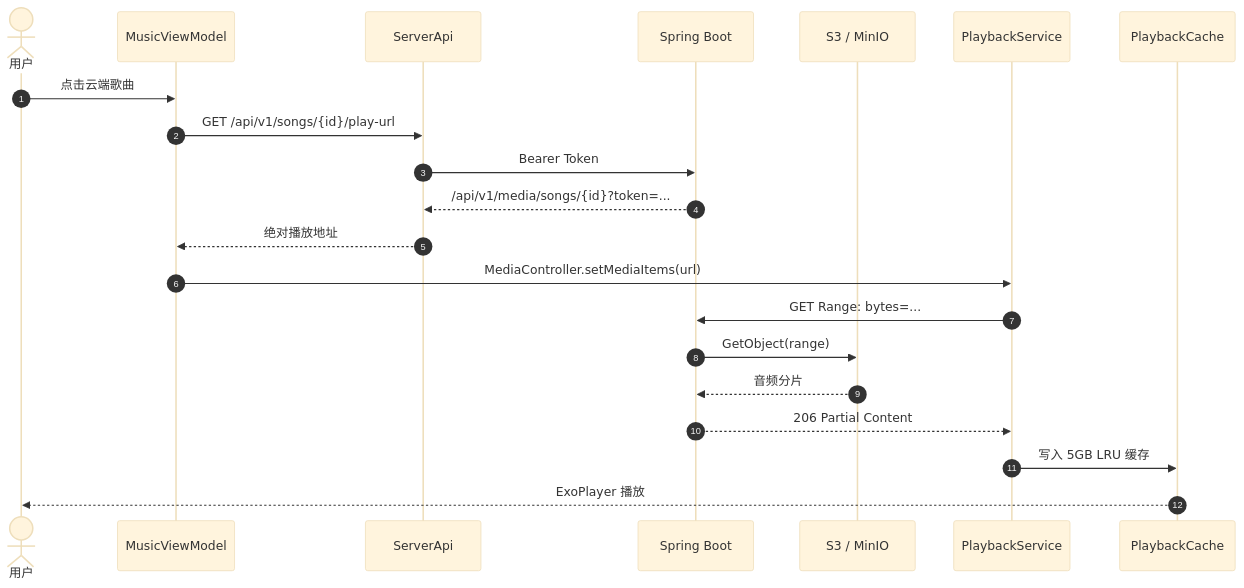
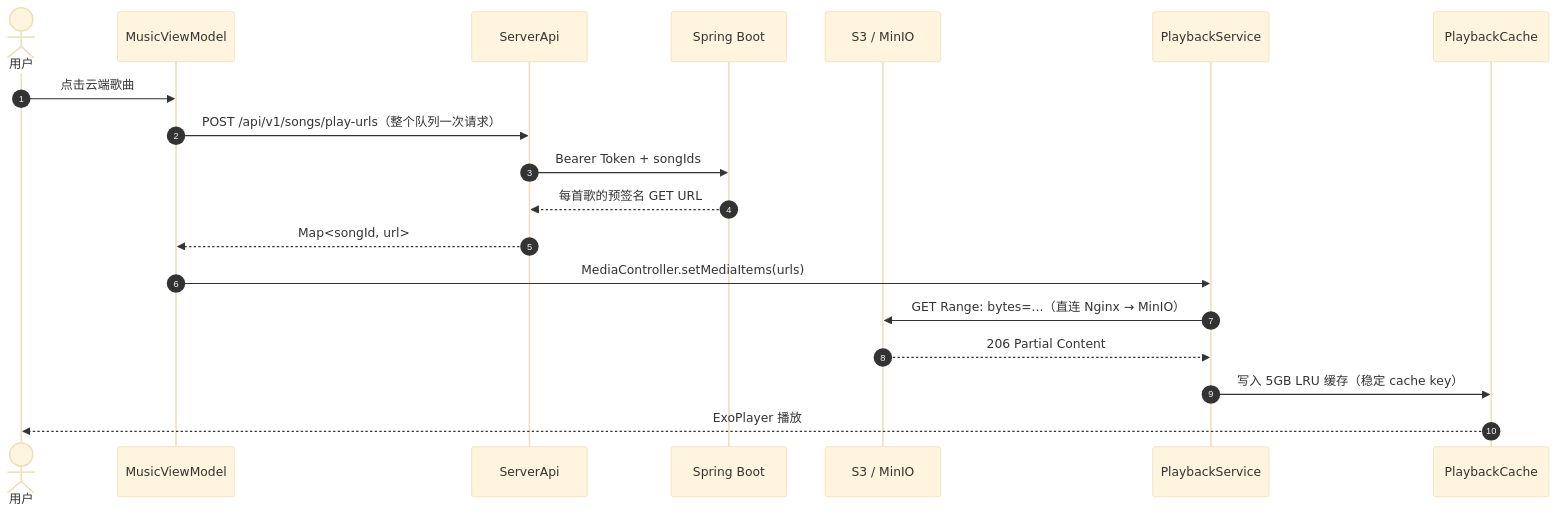
The third of 3 diagrams in SelfMusicApp/docs/architecture.md (ApathyJuly/SelfMusic), drawn with Mermaid (base theme) before and after one commit. The commit also changed other lines of this file and 22 other files, not shown here.

````diff
--- a/SelfMusicApp/docs/architecture.md
+++ b/SelfMusicApp/docs/architecture.md
@@ -231,24 +235,22 @@
 ```mermaid
 sequenceDiagram
     autonumber
     actor U as 用户
     participant VM as MusicViewModel
     participant API as ServerApi
     participant S as Spring Boot
     participant OSS as S3 / MinIO
     participant P as PlaybackService
     participant C as PlaybackCache
 
     U->>VM: 点击云端歌曲
-    VM->>API: GET /api/v1/songs/{id}/play-url
-    API->>S: Bearer Token
-    S-->>API: /api/v1/media/songs/{id}?token=...
-    API-->>VM: 绝对播放地址
-    VM->>P: MediaController.setMediaItems(url)
-    P->>S: GET Range: bytes=...
-    S->>OSS: GetObject(range)
-    OSS-->>S: 音频分片
-    S-->>P: 206 Partial Content
-    P->>C: 写入 5GB LRU 缓存
+    VM->>API: POST /api/v1/songs/play-urls（整个队列一次请求）
+    API->>S: Bearer Token + songIds
+    S-->>API: 每首歌的预签名 GET URL
+    API-->>VM: Map<songId, url>
+    VM->>P: MediaController.setMediaItems(urls)
+    P->>OSS: GET Range: bytes=...（直连 Nginx → MinIO）
+    OSS-->>P: 206 Partial Content
+    P->>C: 写入 5GB LRU 缓存（稳定 cache key）
     C-->>U: ExoPlayer 播放
 ```
````
